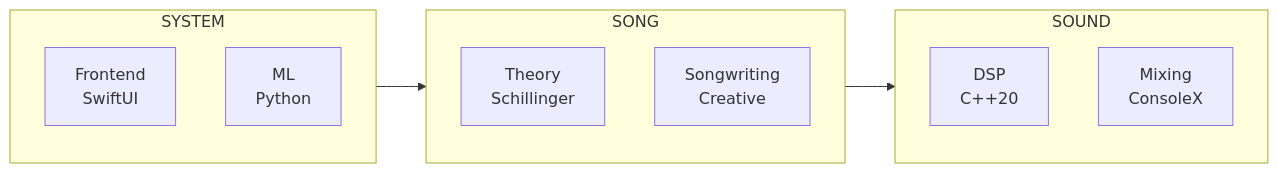
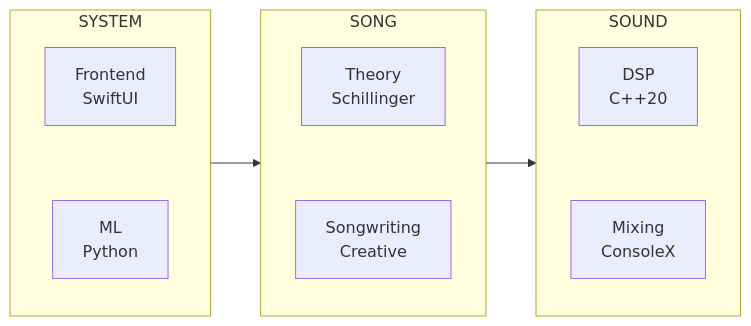
One commit to bretbouchard/white-room-system changed the diagram in README.md. Above: the diagram before and after it, drawn with Mermaid.

Commit message:
docs: fix mermaid diagram - vertical stacking with invisible links

````diff
--- a/README.md
+++ b/README.md
@@ -71,23 +71,22 @@
 ```mermaid
-graph LR
+flowchart LR
     subgraph SYSTEM["SYSTEM"]
-        direction TB
         Frontend["Frontend<br/>SwiftUI"]
         ML["ML<br/>Python"]
+        Frontend ~~~ ML
     end
 
     subgraph SONG["SONG"]
-        direction TB
         Theory["Theory<br/>Schillinger"]
         Songwriting["Songwriting<br/>Creative"]
+        Theory ~~~ Songwriting
     end
 
     subgraph SOUND["SOUND"]
-        direction TB
         DSP["DSP<br/>C++20"]
         Mixing["Mixing<br/>ConsoleX"]
+        DSP ~~~ Mixing
     end
 
-    SYSTEM --> SONG
-    SONG --> SOUND
+    SYSTEM --> SONG --> SOUND
 ```
````
